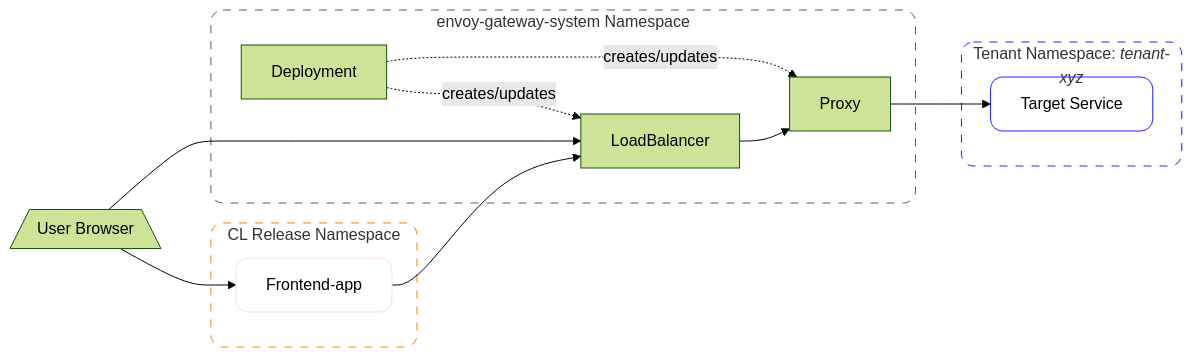
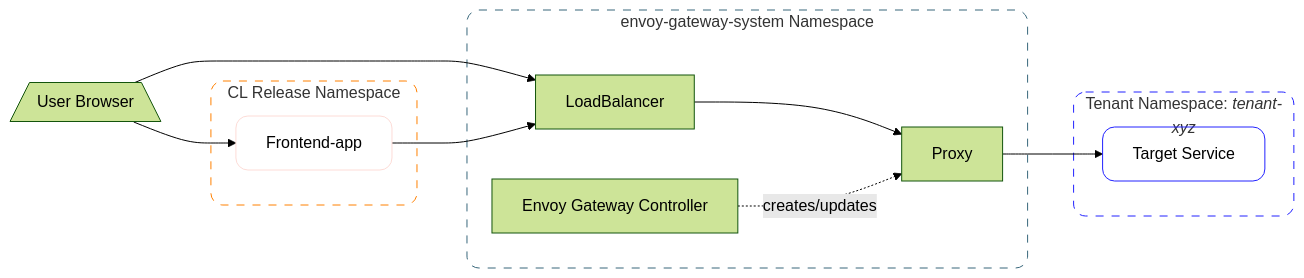
One commit to alexannekk/CrownLabs changed the fourth of 9 diagrams in BIGPICTURE.md. Above: the diagram before and after it, drawn with Mermaid (forest theme). The commit also changed other lines of this file, not shown here.

Commit message:
edit gapi graphs

````diff
--- a/BIGPICTURE.md
+++ b/BIGPICTURE.md
@@ -178,37 +178,36 @@
 ```mermaid
 flowchart LR
 
 User@{shape: trap-b, label: "User Browser"}
 
 subgraph ReleaseNS["CL Release Namespace"]
     FrontendApp["Frontend-app"]:::FrontendStyle
 end
 subgraph EnvoyNS["`envoy-gateway-system Namespace`"]
     LoadBalancer["LoadBalancer"]
-    Deployment["Deployment"]
+    EnvoyGatewayController["Envoy Gateway Controller"]
     Proxy["Proxy"]
 end
 subgraph TenantNS["`Tenant Namespace: _tenant-xyz_`"]
     TargetService["Target Service"]
 end
 
 User --> FrontendApp
 User --> LoadBalancer
 FrontendApp --> LoadBalancer
 LoadBalancer --> Proxy
 Proxy --> TargetService
 
-Deployment -. creates/updates .-> LoadBalancer
-Deployment -. creates/updates .-> Proxy
+EnvoyGatewayController -. creates/updates .-> Proxy
 
 classDef ReleaseNSStyle stroke:#FF8000,rx:12,ry:12,fill:none,stroke-dasharray:8
 classDef EnvoyNSStyle stroke:#38677B,rx:12,ry:12,fill:none,stroke-dasharray:8
 classDef TenantNSStyle stroke:#2222FF,rx:12,ry:12,fill:none,stroke-dasharray:8
 classDef TenantStyle stroke:#2222FF,rx:12,ry:12,fill:none
 classDef FrontendStyle stroke:#FDDCD7,rx:12,ry:12,fill:none
 
 class ReleaseNS ReleaseNSStyle
 class EnvoyNS EnvoyNSStyle
 class TenantNS TenantNSStyle
 class TargetService TenantStyle
 ```
````
